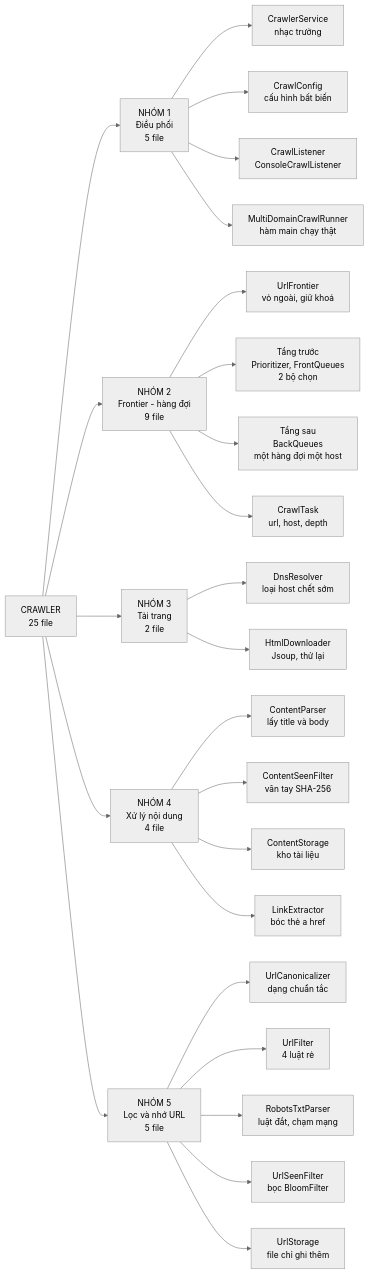
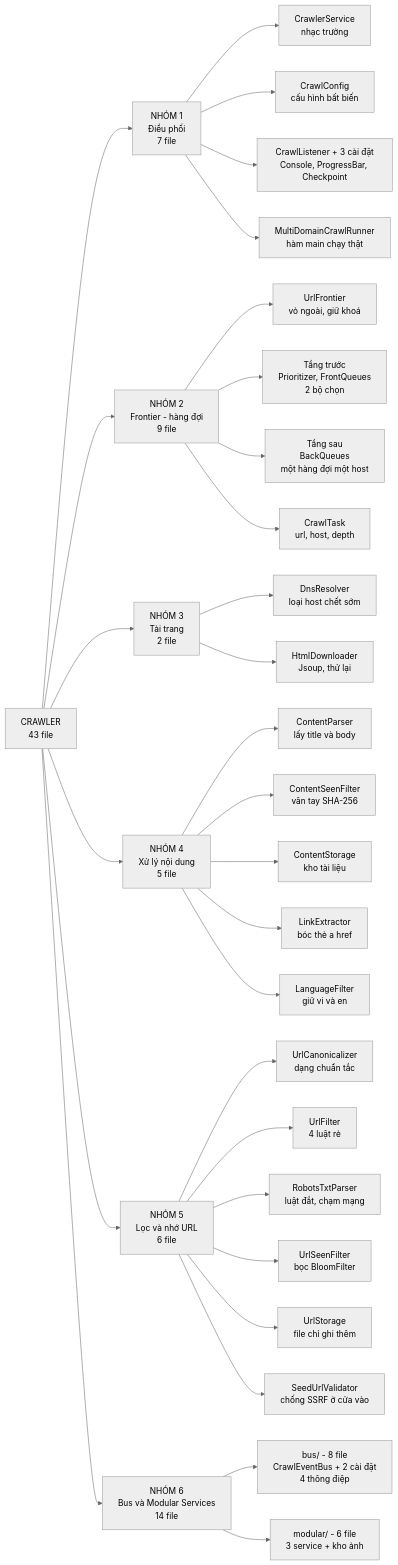
One commit to KietAnhCS/CocCoc-Plus changed the first of 12 diagrams in docs/Math/01-crawler/00-SO-DO-TU-DUY.md. Above: the diagram before and after it, drawn with Mermaid (neutral theme). The commit also changed other lines of this file and 73 other files, not shown here.

First line of the commit message:
docs: fix drift and add diagrams (#22)

````diff
--- a/docs/Math/01-crawler/00-SO-DO-TU-DUY.md
+++ b/docs/Math/01-crawler/00-SO-DO-TU-DUY.md
@@ -21,34 +26,40 @@
 ```mermaid
 flowchart LR
-    ROOT["CRAWLER<br/>25 file"]
+    ROOT["CRAWLER<br/>43 file"]
 
-    ROOT --> G1["NHÓM 1<br/>Điều phối<br/>5 file"]
+    ROOT --> G1["NHÓM 1<br/>Điều phối<br/>7 file"]
     ROOT --> G2["NHÓM 2<br/>Frontier - hàng đợi<br/>9 file"]
     ROOT --> G3["NHÓM 3<br/>Tải trang<br/>2 file"]
-    ROOT --> G4["NHÓM 4<br/>Xử lý nội dung<br/>4 file"]
-    ROOT --> G5["NHÓM 5<br/>Lọc và nhớ URL<br/>5 file"]
+    ROOT --> G4["NHÓM 4<br/>Xử lý nội dung<br/>5 file"]
+    ROOT --> G5["NHÓM 5<br/>Lọc và nhớ URL<br/>6 file"]
+    ROOT --> G6["NHÓM 6<br/>Bus và Modular Services<br/>14 file"]
 
     G1 --> G1A["CrawlerService<br/>nhạc trưởng"]
     G1 --> G1B["CrawlConfig<br/>cấu hình bất biến"]
-    G1 --> G1C["CrawlListener<br/>ConsoleCrawlListener"]
+    G1 --> G1C["CrawlListener + 3 cài đặt<br/>Console, ProgressBar, Checkpoint"]
     G1 --> G1D["MultiDomainCrawlRunner<br/>hàm main chạy thật"]
+
+    G6 --> G6A["bus/ - 8 file<br/>CrawlEventBus + 2 cài đặt<br/>4 thông điệp"]
+    G6 --> G6B["modular/ - 6 file<br/>3 service + kho ảnh"]
 
     G2 --> G2A["UrlFrontier<br/>vỏ ngoài, giữ khoá"]
     G2 --> G2B["Tầng trước<br/>Prioritizer, FrontQueues<br/>2 bộ chọn"]
     G2 --> G2C["Tầng sau<br/>BackQueues<br/>một hàng đợi một host"]
     G2 --> G2D["CrawlTask<br/>url, host, depth"]
 
     G3 --> G3A["DnsResolver<br/>loại host chết sớm"]
     G3 --> G3B["HtmlDownloader<br/>Jsoup, thử lại"]
 
     G4 --> G4A["ContentParser<br/>lấy title và body"]
     G4 --> G4B["ContentSeenFilter<br/>vân tay SHA-256"]
     G4 --> G4C["ContentStorage<br/>kho tài liệu"]
     G4 --> G4D["LinkExtractor<br/>bóc thẻ a href"]
+    G4 --> G4E["LanguageFilter<br/>giữ vi và en"]
 
     G5 --> G5A["UrlCanonicalizer<br/>dạng chuẩn tắc"]
     G5 --> G5B["UrlFilter<br/>4 luật rẻ"]
     G5 --> G5C["RobotsTxtParser<br/>luật đắt, chạm mạng"]
     G5 --> G5D["UrlSeenFilter<br/>bọc BloomFilter"]
     G5 --> G5E["UrlStorage<br/>file chỉ ghi thêm"]
+    G5 --> G5F["SeedUrlValidator<br/>chống SSRF ở cửa vào"]
 ```
````
